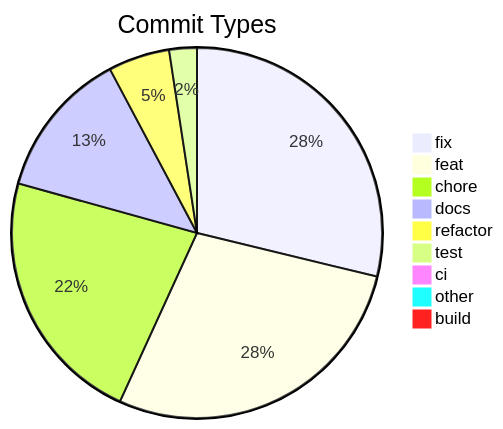
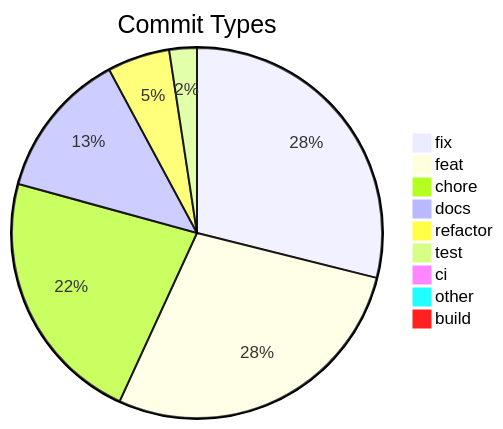
Before and after one commit to svenroth-ai/shipwright: the diagram in .shipwright/compliance/change-history.md, drawn with Mermaid. The commit also changed other lines of this file and 29 other files, not shown here.

````diff
--- a/.shipwright/compliance/change-history.md
+++ b/.shipwright/compliance/change-history.md
@@ -8,12 +8,12 @@
 ```mermaid
 pie title Commit Types
-    "fix" : 274
+    "fix" : 276
     "feat" : 267
     "chore" : 214
     "docs" : 123
-    "refactor" : 51
+    "refactor" : 52
     "test" : 23
     "ci" : 7
     "other" : 7
     "build" : 1
 ```
````
